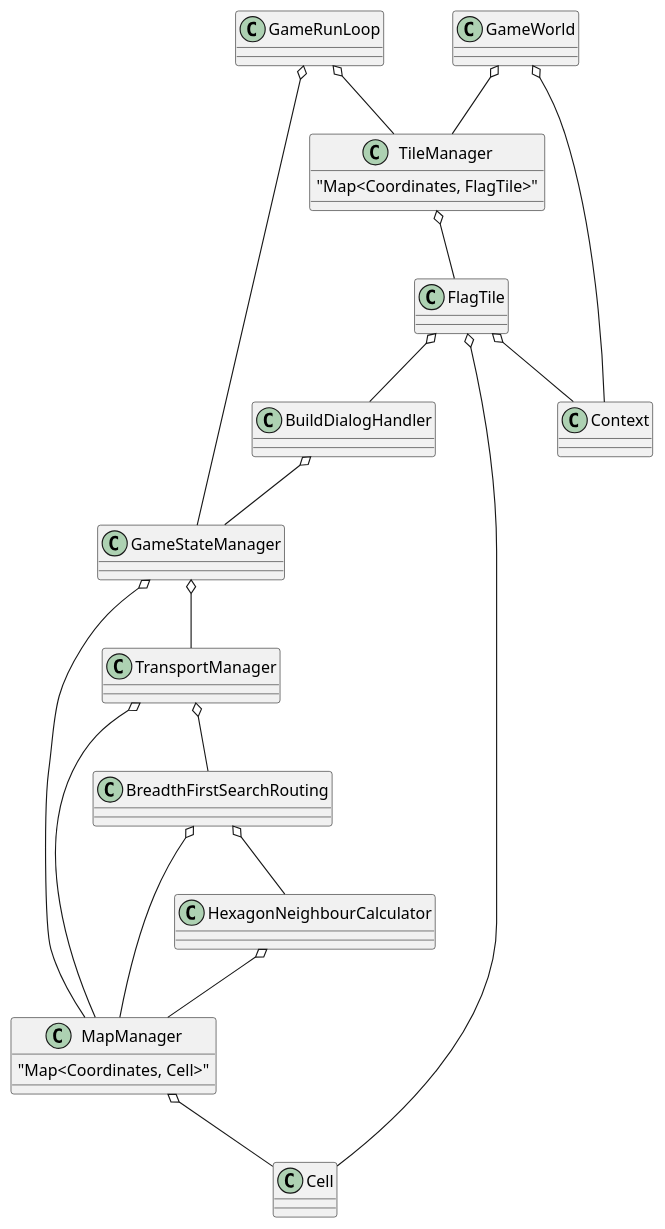
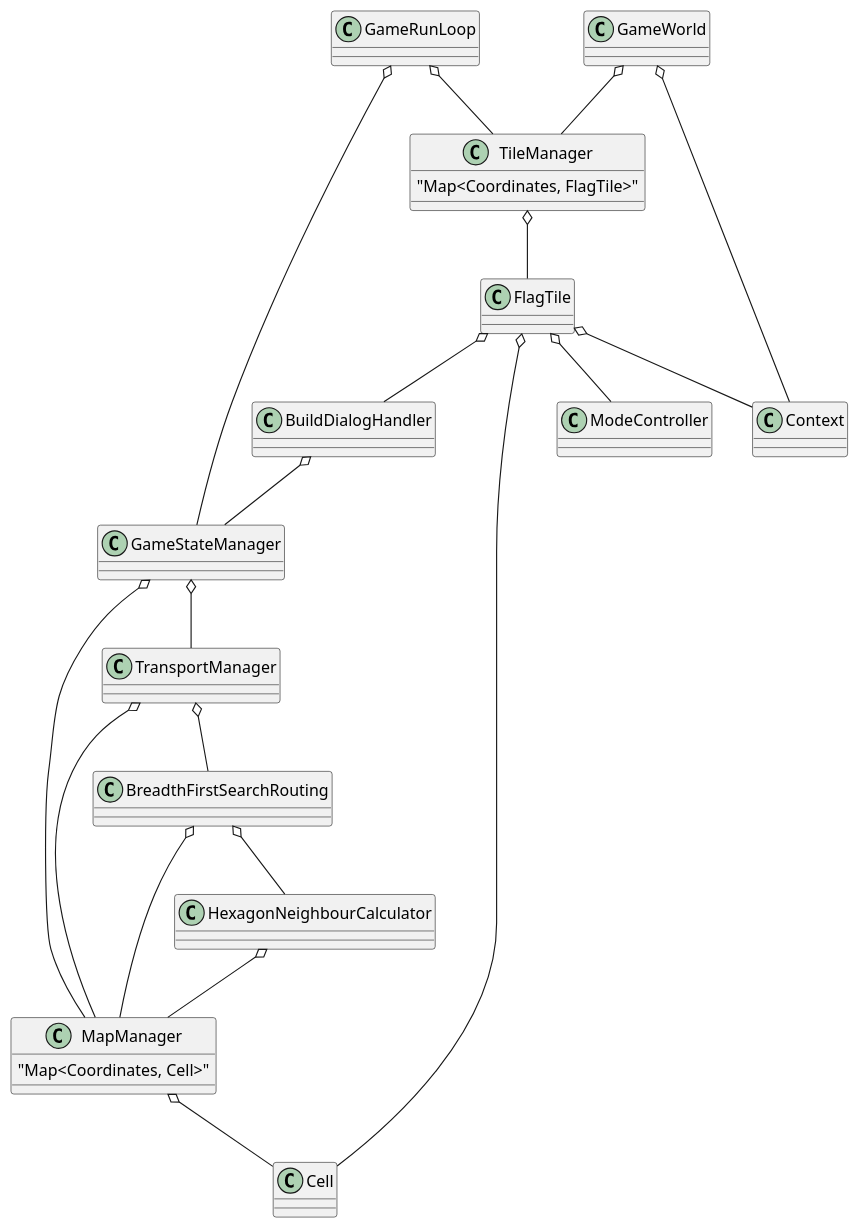
One commit to Ti-m/TownshipSurvival changed the diagram in Overview.puml. Above: the diagram before and after it, drawn with PlantUML. The commit also changed 7 other files, not shown here.

```diff
--- a/Overview.puml
+++ b/Overview.puml
@@ -1,34 +1,35 @@
 @startuml
 GameRunLoop o-- GameStateManager
 GameRunLoop o-- TileManager
 
 GameStateManager o-- MapManager
 GameStateManager o-- TransportManager
 
 TransportManager o-- MapManager
 TransportManager o-- BreadthFirstSearchRouting
 
 HexagonNeighbourCalculator o-- MapManager
 
 BreadthFirstSearchRouting o-- MapManager
 BreadthFirstSearchRouting o-- HexagonNeighbourCalculator
 
 BuildDialogHandler o-- GameStateManager
 
 GameWorld o-- Context
 GameWorld o-- TileManager
 
 class TileManager {
     "Map<Coordinates, FlagTile>"
 }
 TileManager o-- FlagTile
 
 class MapManager {
     "Map<Coordinates, Cell>"
 }
 MapManager o-- Cell
 
 FlagTile o-- Cell
 FlagTile o-- BuildDialogHandler
+FlagTile o-- ModeController
 FlagTile o-- Context
 @enduml
```
